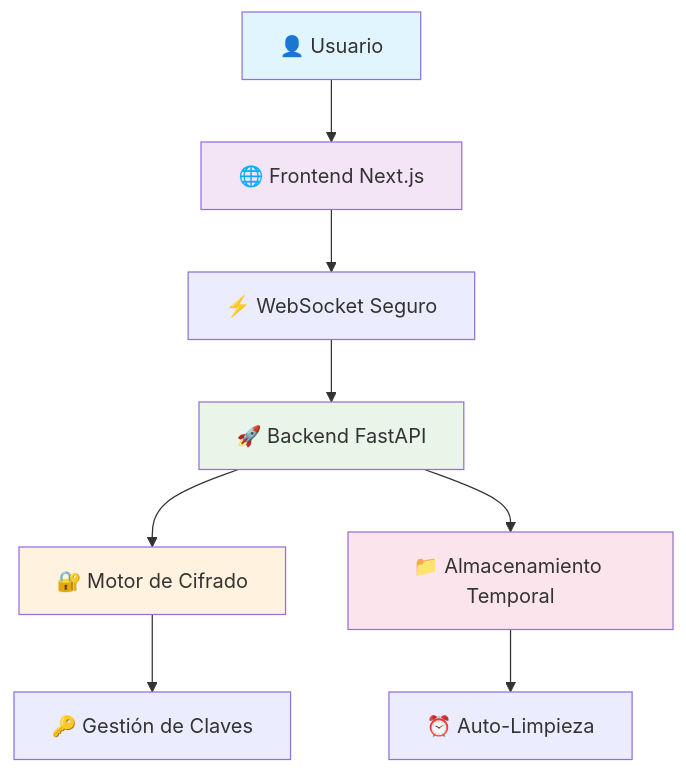
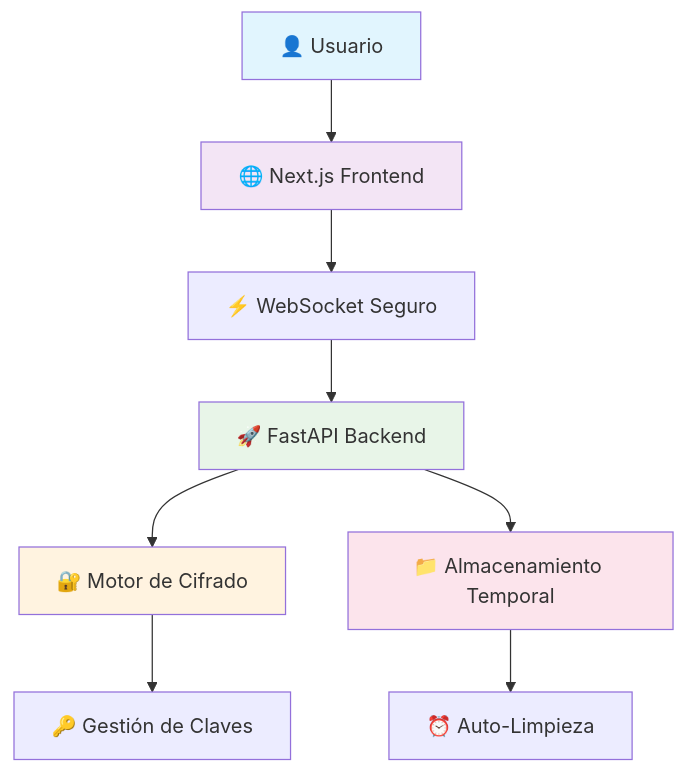
The first of 2 diagrams in README.md (h3n-x/chat-anonimo), drawn with Mermaid before and after one commit. The commit also changed other lines of this file and 3 other files, not shown here.

````diff
--- a/README.md
+++ b/README.md
@@ -64,16 +64,16 @@
 ```mermaid
 graph TB
-    A[👤 Usuario] --> B[🌐 Frontend Next.js]
+    A[👤 Usuario] --> B[🌐 Next.js Frontend]
     B --> C[⚡ WebSocket Seguro]
-    C --> D[🚀 Backend FastAPI]
+    C --> D[🚀 FastAPI Backend]
     D --> E[🔐 Motor de Cifrado]
     D --> F[📁 Almacenamiento Temporal]
     E --> G[🔑 Gestión de Claves]
     F --> H[⏰ Auto-Limpieza]
     
     style A fill:#e1f5fe
     style B fill:#f3e5f5
     style D fill:#e8f5e8
     style E fill:#fff3e0
     style F fill:#fce4ec
 ```
````
